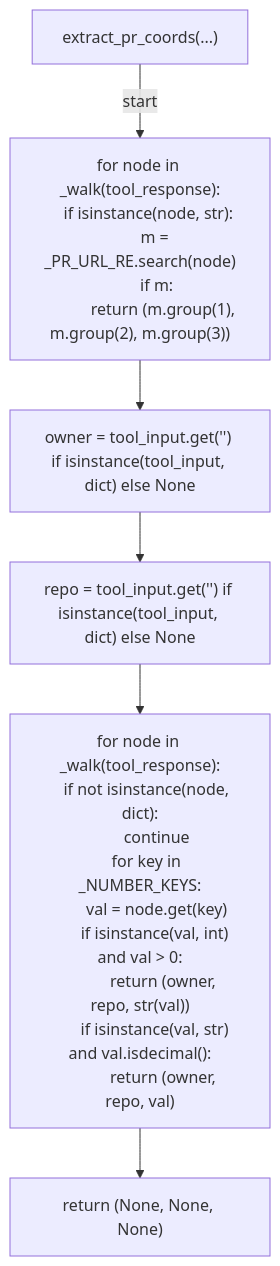
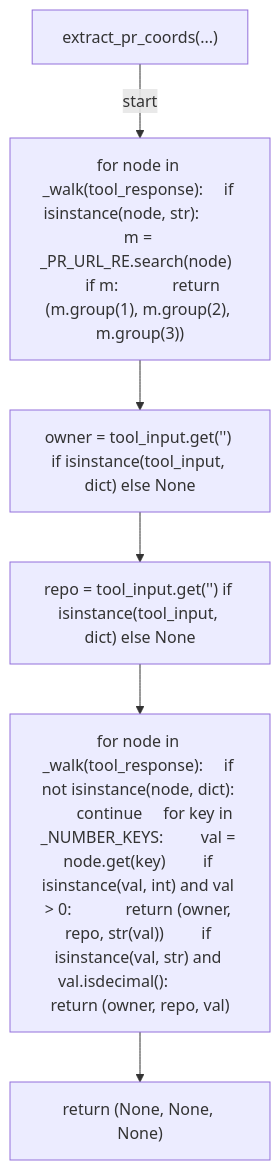
Before and after one commit to tvna/claude-md: the fifth of 9 diagrams in docs/generated/scripts/ast/post_pr_create_body_fix.md, drawn with Mermaid. The commit also changed other lines of this file and 30 other files, not shown here.

First line of the commit message:
docs(generated): regenerate decision tree and workflow diagrams (batch 2/5)

````diff
--- a/docs/generated/scripts/ast/post_pr_create_body_fix.md
+++ b/docs/generated/scripts/ast/post_pr_create_body_fix.md
@@ -86,26 +77,14 @@
 ```mermaid
 flowchart TD
     N001["extract_pr_coords(...)"]
-    N002["for node in _walk(tool_response):
-    if isinstance(node, str):
-        m = _PR_URL_RE.search(node)
-        if m:
-            return (m.group(1), m.group(2), m.group(3))"]
+    N002["for node in _walk(tool_response):     if isinstance(node, str):         m = _PR_URL_RE.search(node)         if m:             return (m.group(1), m.group(2), m.group(3))"]
     N003["owner = tool_input.get('<str>') if isinstance(tool_input, dict) else None"]
     N004["repo = tool_input.get('<str>') if isinstance(tool_input, dict) else None"]
-    N005["for node in _walk(tool_response):
-    if not isinstance(node, dict):
-        continue
-    for key in _NUMBER_KEYS:
-        val = node.get(key)
-        if isinstance(val, int) and val > 0:
-            return (owner, repo, str(val))
-        if isinstance(val, str) and val.isdecimal():
-            return (owner, repo, val)"]
+    N005["for node in _walk(tool_response):     if not isinstance(node, dict):         continue     for key in _NUMBER_KEYS:         val = node.get(key)         if isinstance(val, int) and val > 0:             return (owner, repo, str(val))         if isinstance(val, str) and val.isdecimal():             return (owner, repo, val)"]
     N006["return (None, None, None)"]
     N001 -->|"start"| N002
     N002 --> N003
     N003 --> N004
     N004 --> N005
     N005 --> N006
 ```
````
